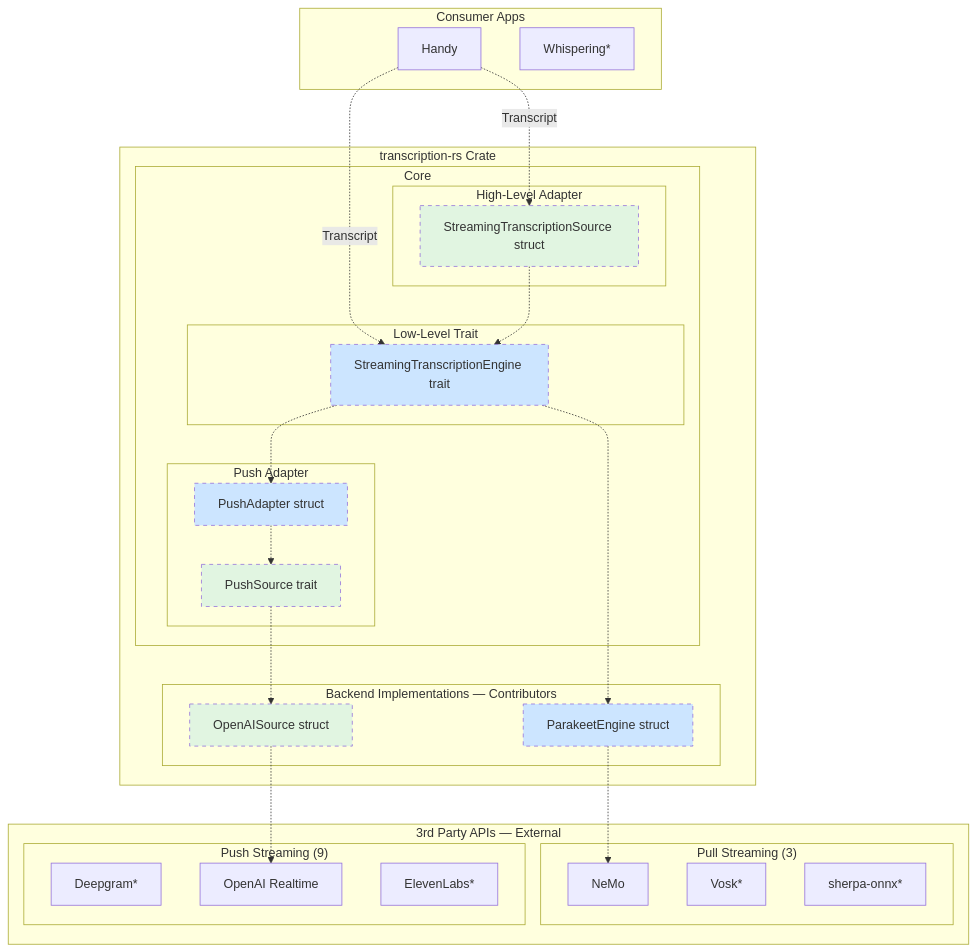
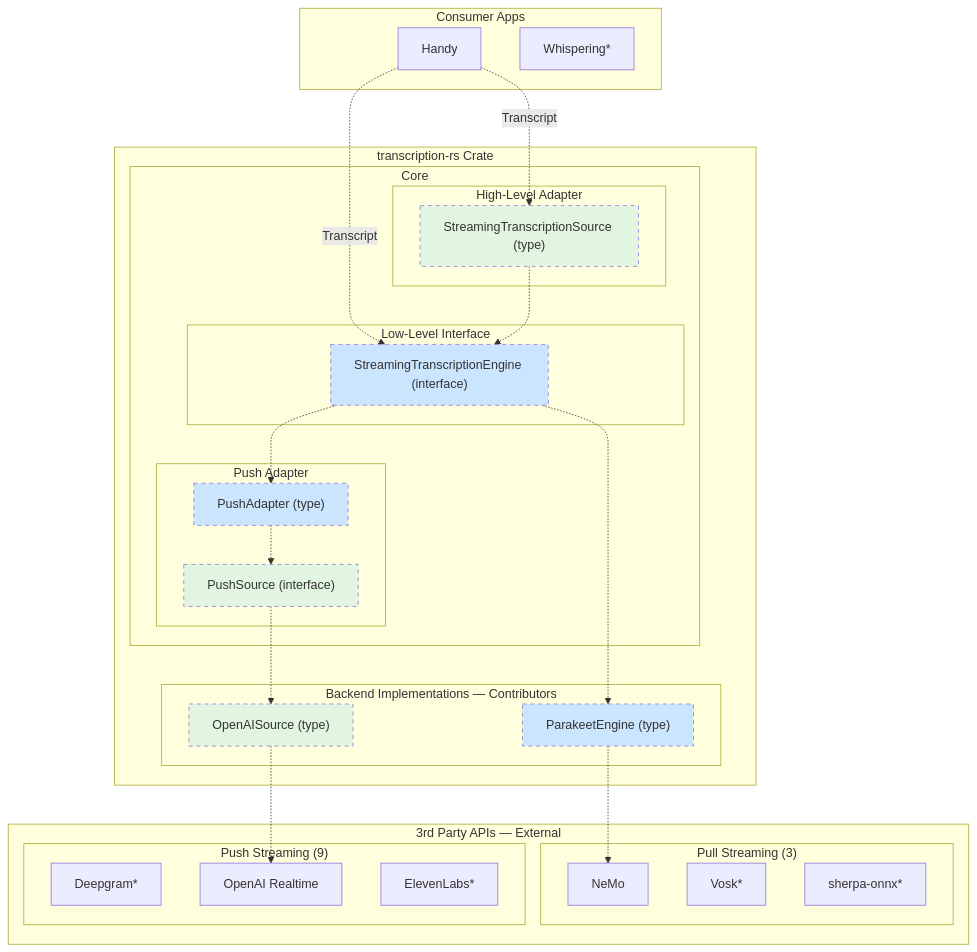
Before and after one commit to cjpais/transcribe-rs: the third of 4 diagrams in specs/transcription-rs.md, drawn with Mermaid. The commit also changed other lines of this file, not shown here.

````diff
--- a/specs/transcription-rs.md
+++ b/specs/transcription-rs.md
@@ -72,61 +72,61 @@
 ```mermaid
 graph TB
     subgraph Apps ["Consumer Apps"]
         Handy[Handy]
         Whispering[Whispering*]
     end
 
     subgraph Library ["transcription-rs Crate"]
         subgraph Core ["Core"]
             subgraph HighLevel ["High-Level Adapter"]
-                StreamingSource["StreamingTranscriptionSource struct"]
+                StreamingSource["StreamingTranscriptionSource (type)"]
             end
 
-            subgraph LowLevel ["Low-Level Trait"]
-                StreamingEngine["StreamingTranscriptionEngine trait"]
+            subgraph LowLevel ["Low-Level Interface"]
+                StreamingEngine["StreamingTranscriptionEngine (interface)"]
             end
 
             subgraph PushHelper ["Push Adapter"]
-                PushAdapter[PushAdapter struct]
-                PushSource[PushSource trait]
+                PushAdapter["PushAdapter (type)"]
+                PushSource["PushSource (interface)"]
             end
         end
 
         subgraph Backends ["Backend Implementations — Contributors"]
-            ParakeetEngine["ParakeetEngine struct"]
-            OpenAISource["OpenAISource struct"]
+            ParakeetEngine["ParakeetEngine (type)"]
+            OpenAISource["OpenAISource (type)"]
         end
     end
 
     subgraph External ["3rd Party APIs — External"]
         subgraph PullStreaming ["Pull Streaming (3)"]
             NeMo[NeMo]
             Vosk[Vosk*]
             Sherpa[sherpa-onnx*]
         end
         subgraph PushStreaming ["Push Streaming (9)"]
             Deepgram[Deepgram*]
             OpenAI[OpenAI Realtime]
             ElevenLabs[ElevenLabs*]
         end
     end
 
     Handy -.->|Transcript| StreamingSource
     Handy -.->|Transcript| StreamingEngine
 
     StreamingSource -.-> StreamingEngine
 
     StreamingEngine -.-> ParakeetEngine
     StreamingEngine -.-> PushAdapter
     
     PushAdapter -.-> PushSource
     PushSource -.-> OpenAISource
 
     ParakeetEngine -.-> NeMo
     OpenAISource -.-> OpenAI
 
     classDef pushPlanned fill:#e1f5e1,stroke-dasharray: 5 5
     classDef pullPlanned fill:#cce5ff,stroke-dasharray: 5 5
     class StreamingSource,PushSource,OpenAISource pushPlanned
     class StreamingEngine,PushAdapter,ParakeetEngine pullPlanned
 ```
````
